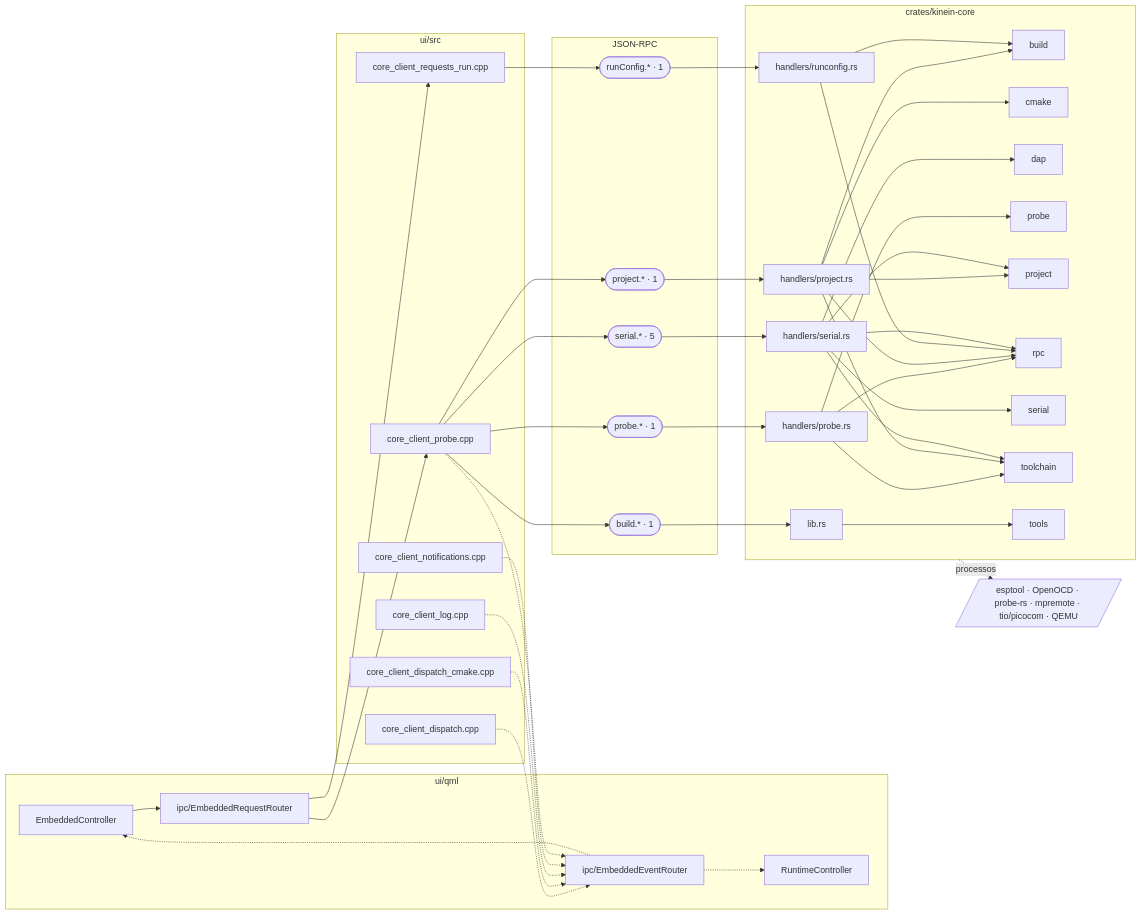
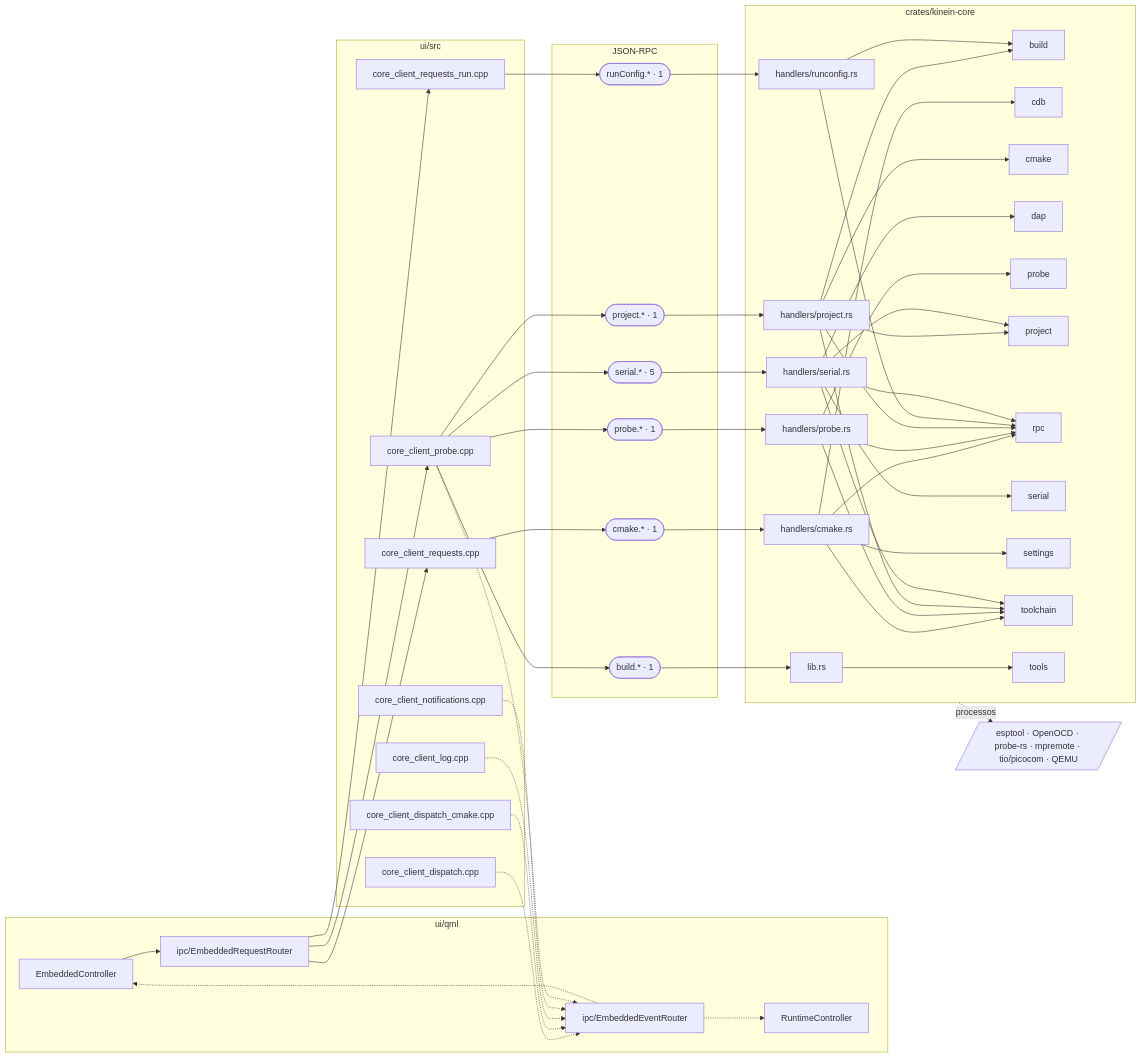
One commit to ViktorWalde/KineinVectis changed the tenth of 16 diagrams in DocsPublic/arquitetura/01-mapa-de-modulos.md. Above: the diagram before and after it, drawn with Mermaid. The commit also changed other lines of this file and 24 other files, not shown here.

```diff
--- a/DocsPublic/arquitetura/01-mapa-de-modulos.md
+++ b/DocsPublic/arquitetura/01-mapa-de-modulos.md
@@ -927,28 +927,33 @@
     n_ui_src_core_client_log_cpp["core_client_log.cpp"]
     n_ui_src_core_client_notifications_cpp["core_client_notifications.cpp"]
     n_ui_src_core_client_probe_cpp["core_client_probe.cpp"]
+    n_ui_src_core_client_requests_cpp["core_client_requests.cpp"]
     n_ui_src_core_client_requests_run_cpp["core_client_requests_run.cpp"]
   end
   subgraph IPC["JSON-RPC"]
     n_ipc_build(["build.* · 1"])
+    n_ipc_cmake(["cmake.* · 1"])
     n_ipc_probe(["probe.* · 1"])
     n_ipc_project(["project.* · 1"])
     n_ipc_runConfig(["runConfig.* · 1"])
     n_ipc_serial(["serial.* · 5"])
   end
   subgraph CORE["crates/kinein-core"]
+    n_crates_kinein_core_src_handlers_cmake_rs["handlers/cmake.rs"]
     n_crates_kinein_core_src_handlers_probe_rs["handlers/probe.rs"]
     n_crates_kinein_core_src_handlers_project_rs["handlers/project.rs"]
     n_crates_kinein_core_src_handlers_runconfig_rs["handlers/runconfig.rs"]
     n_crates_kinein_core_src_handlers_serial_rs["handlers/serial.rs"]
     n_crates_kinein_core_src_lib_rs["lib.rs"]
     n_core_build[build]
+    n_core_cdb[cdb]
     n_core_cmake[cmake]
     n_core_dap[dap]
     n_core_probe[probe]
     n_core_project[project]
     n_core_rpc[rpc]
     n_core_serial[serial]
+    n_core_settings[settings]
     n_core_toolchain[toolchain]
     n_core_tools[tools]
   end
@@ -957,6 +962,7 @@
   n_ui_qml_ipc_EmbeddedEventRouter_qml -.-> n_ui_qml_embedded_EmbeddedController_qml
   n_ui_qml_ipc_EmbeddedEventRouter_qml -.-> n_ui_qml_runtime_RuntimeController_qml
   n_ui_qml_ipc_EmbeddedRequestRouter_qml --> n_ui_src_core_client_probe_cpp
+  n_ui_qml_ipc_EmbeddedRequestRouter_qml --> n_ui_src_core_client_requests_cpp
   n_ui_qml_ipc_EmbeddedRequestRouter_qml --> n_ui_src_core_client_requests_run_cpp
   n_ui_src_core_client_dispatch_cpp -.-> n_ui_qml_ipc_EmbeddedEventRouter_qml
   n_ui_src_core_client_dispatch_cmake_cpp -.-> n_ui_qml_ipc_EmbeddedEventRouter_qml
@@ -967,7 +973,13 @@
   n_ui_src_core_client_probe_cpp --> n_ipc_project
   n_ui_src_core_client_probe_cpp --> n_ipc_serial
   n_ui_src_core_client_probe_cpp -.-> n_ui_qml_ipc_EmbeddedEventRouter_qml
+  n_ui_src_core_client_requests_cpp --> n_ipc_cmake
   n_ui_src_core_client_requests_run_cpp --> n_ipc_runConfig
+  n_ipc_cmake --> n_crates_kinein_core_src_handlers_cmake_rs
+  n_crates_kinein_core_src_handlers_cmake_rs --> n_core_cdb
+  n_crates_kinein_core_src_handlers_cmake_rs --> n_core_rpc
+  n_crates_kinein_core_src_handlers_cmake_rs --> n_core_settings
+  n_crates_kinein_core_src_handlers_cmake_rs --> n_core_toolchain
   n_ipc_probe --> n_crates_kinein_core_src_handlers_probe_rs
   n_crates_kinein_core_src_handlers_probe_rs --> n_core_probe
   n_crates_kinein_core_src_handlers_probe_rs --> n_core_rpc
```
